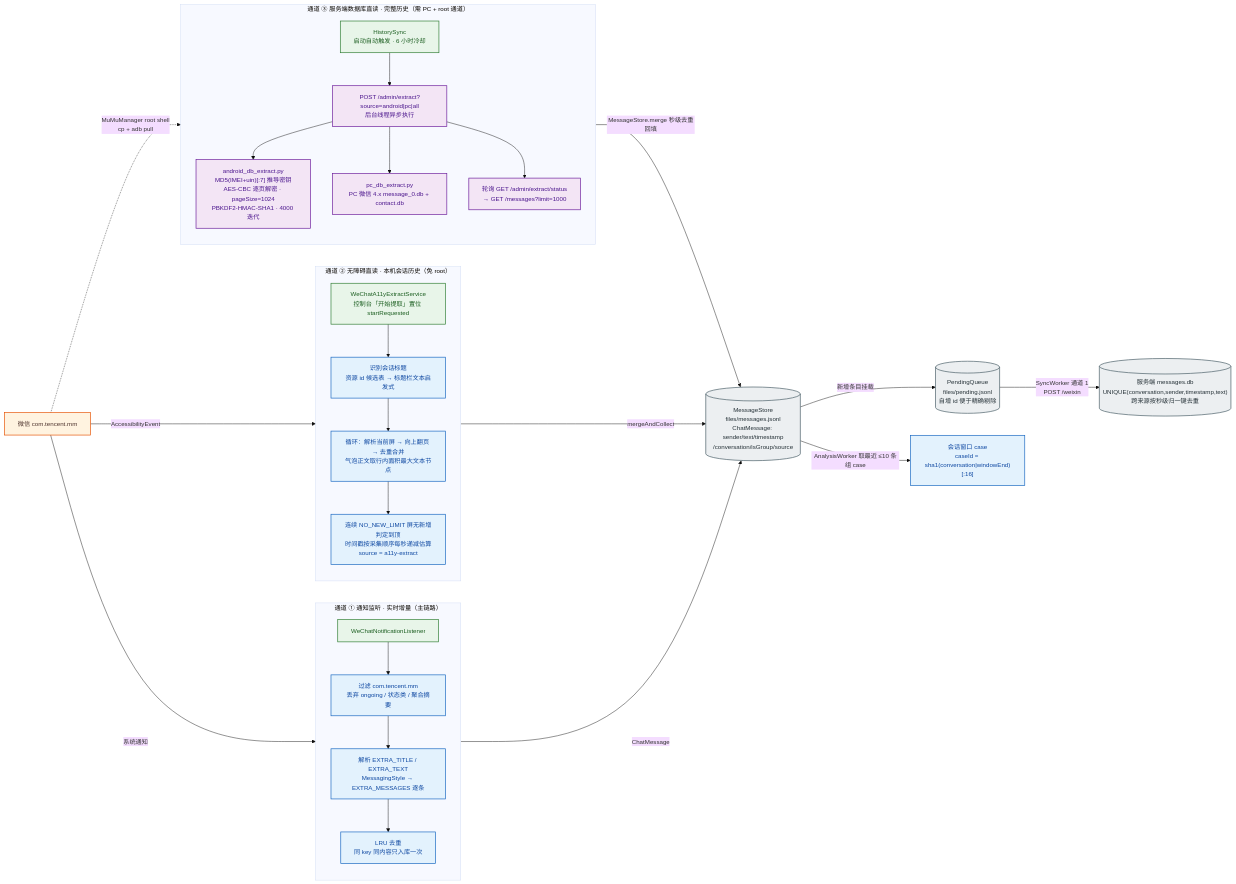
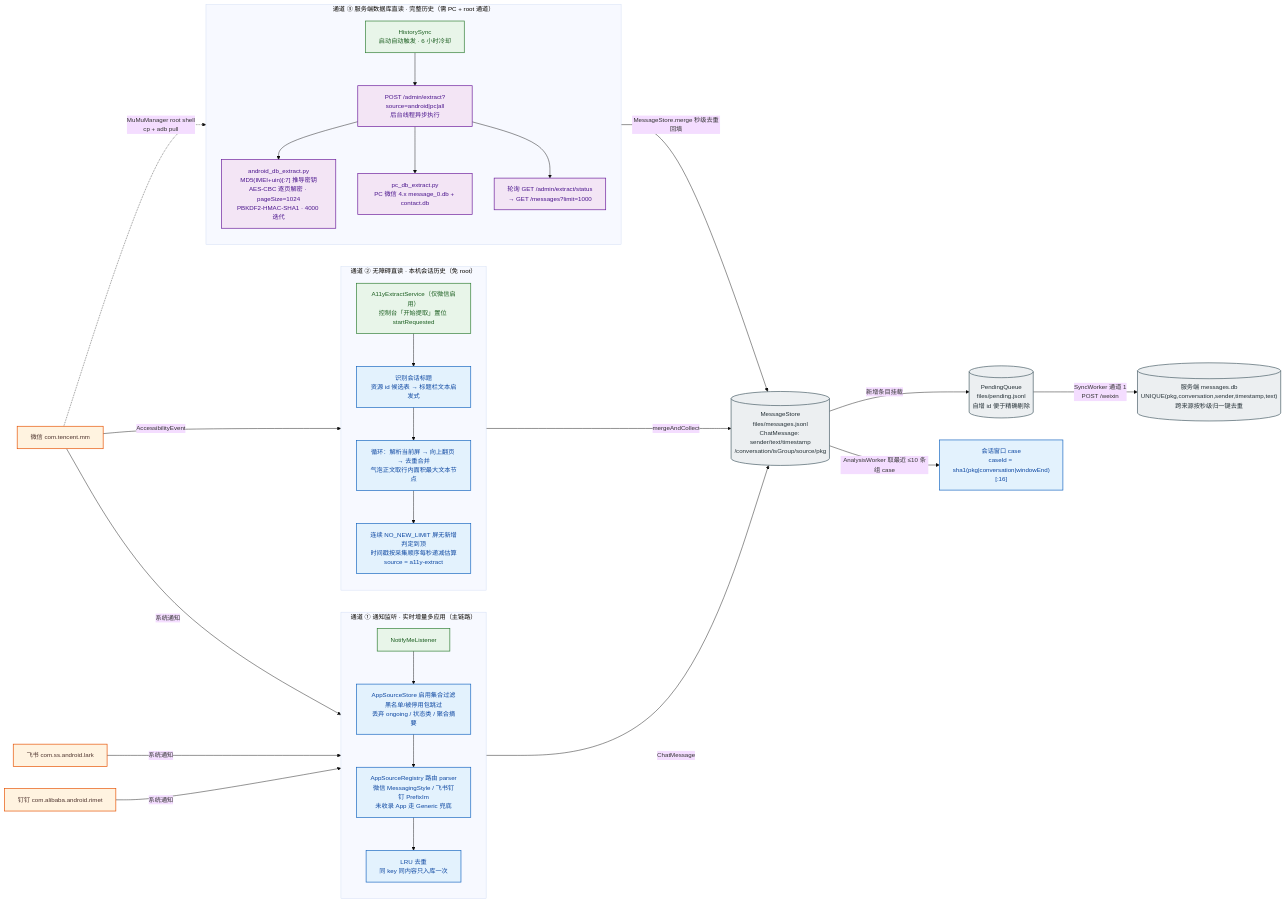
One commit to solidjoker/notifyme changed the diagram in docs/architecture/diagrams/03-capture-pipelines.mmd. Above: the diagram before and after it, drawn with Mermaid. The commit also changed 13 other files, not shown here.

First line of the commit message:
M2.7 Stage F 文档收尾：M2 完成归档、M9 悬浮里程碑、架构图 01-03 重渲

```diff
--- a/docs/architecture/diagrams/03-capture-pipelines.mmd
+++ b/docs/architecture/diagrams/03-capture-pipelines.mmd
@@ -1,56 +1,60 @@
 %%{init: {'theme':'base','themeVariables':{'fontSize':'14px','fontFamily':'Microsoft YaHei, PingFang SC, sans-serif'},'flowchart':{'htmlLabels':true}}}%%
 flowchart LR
     classDef src  fill:#fff3e0,stroke:#e65100,stroke-width:1.5px,color:#4e342e
     classDef cap  fill:#e8f5e9,stroke:#2e7d32,stroke-width:1.5px,color:#1b5e20
     classDef proc fill:#e3f2fd,stroke:#1565c0,stroke-width:1.5px,color:#0d47a1
     classDef st   fill:#eceff1,stroke:#455a64,stroke-width:1.5px,color:#263238
     classDef srv  fill:#f3e5f5,stroke:#6a1b9a,stroke-width:1.5px,color:#4a148c
 
     WX["微信 com.tencent.mm"]:::src
+    FS["飞书 com.ss.android.lark"]:::src
+    DT["钉钉 com.alibaba.android.rimet"]:::src
 
-    subgraph CH1["通道 ① 通知监听 · 实时增量（主链路）"]
+    subgraph CH1["通道 ① 通知监听 · 实时增量多应用（主链路）"]
         direction TB
-        NL["WeChatNotificationListener"]:::cap
-        NLF["过滤 com.tencent.mm<br/>丢弃 ongoing / 状态类 / 聚合摘要"]:::proc
-        NLP["解析 EXTRA_TITLE / EXTRA_TEXT<br/>MessagingStyle → EXTRA_MESSAGES 逐条"]:::proc
+        NL["NotifyMeListener"]:::cap
+        NLF["AppSourceStore 启用集合过滤<br/>黑名单/被停用包跳过<br/>丢弃 ongoing / 状态类 / 聚合摘要"]:::proc
+        NLP["AppSourceRegistry 路由 parser<br/>微信 MessagingStyle / 飞书钉钉 PrefixIm<br/>未收录 App 走 Generic 兜底"]:::proc
         NLD["LRU 去重<br/>同 key 同内容只入库一次"]:::proc
         NL --> NLF --> NLP --> NLD
     end
 
     subgraph CH2["通道 ② 无障碍直读 · 本机会话历史（免 root）"]
         direction TB
-        A1["WeChatA11yExtractService<br/>控制台「开始提取」置位 startRequested"]:::cap
+        A1["A11yExtractService（仅微信启用）<br/>控制台「开始提取」置位 startRequested"]:::cap
         A2["识别会话标题<br/>资源 id 候选表 → 标题栏文本启发式"]:::proc
         A3["循环：解析当前屏 → 向上翻页 → 去重合并<br/>气泡正文取行内面积最大文本节点"]:::proc
         A4["连续 NO_NEW_LIMIT 屏无新增判定到顶<br/>时间戳按采集顺序每秒递减估算<br/>source = a11y-extract"]:::proc
         A1 --> A2 --> A3 --> A4
     end
 
     subgraph CH3["通道 ③ 服务端数据库直读 · 完整历史（需 PC + root 通道）"]
         direction TB
         H["HistorySync<br/>启动自动触发 · 6 小时冷却"]:::cap
         S1["POST /admin/extract?source=android|pc|all<br/>后台线程异步执行"]:::srv
         S2["android_db_extract.py<br/>MD5(IMEI+uin)[:7] 推导密钥<br/>AES-CBC 逐页解密 · pageSize=1024<br/>PBKDF2-HMAC-SHA1 · 4000 迭代"]:::srv
         S3["pc_db_extract.py<br/>PC 微信 4.x message_0.db + contact.db"]:::srv
         S4["轮询 GET /admin/extract/status<br/>→ GET /messages?limit=1000"]:::srv
         H --> S1
         S1 --> S2
         S1 --> S3
         S1 --> S4
     end
 
-    MSG[("MessageStore<br/>files/messages.jsonl<br/>ChatMessage: sender/text/timestamp<br/>/conversation/isGroup/source")]:::st
+    MSG[("MessageStore<br/>files/messages.jsonl<br/>ChatMessage: sender/text/timestamp<br/>/conversation/isGroup/source/pkg")]:::st
     PEND[("PendingQueue<br/>files/pending.jsonl<br/>自增 id 便于精确剔除")]:::st
-    SRVDB[("服务端 messages.db<br/>UNIQUE(conversation,sender,timestamp,text)<br/>跨来源按秒级归一键去重")]:::st
+    SRVDB[("服务端 messages.db<br/>UNIQUE(pkg,conversation,sender,timestamp,text)<br/>跨来源按秒级归一键去重")]:::st
 
     WX -->|"系统通知"| NL
+    FS -->|"系统通知"| NL
+    DT -->|"系统通知"| NL
     WX -->|"AccessibilityEvent"| A1
     WX -.->|"MuMuManager root shell<br/>cp + adb pull"| S2
 
     NLD -->|"ChatMessage"| MSG
     A4 -->|"mergeAndCollect"| MSG
     S4 -->|"MessageStore.merge 秒级去重回填"| MSG
 
     MSG -->|"新增条目挂载"| PEND
     PEND -->|"SyncWorker 通道 1<br/>POST /weixin"| SRVDB
-    MSG -->|"AnalysisWorker 取最近 ≤10 条组 case"| ANA["会话窗口 case<br/>caseId = sha1(conversation|windowEnd)[:16]"]:::proc
+    MSG -->|"AnalysisWorker 取最近 ≤10 条组 case"| ANA["会话窗口 case<br/>caseId = sha1(pkg|conversation|windowEnd)[:16]"]:::proc
```
